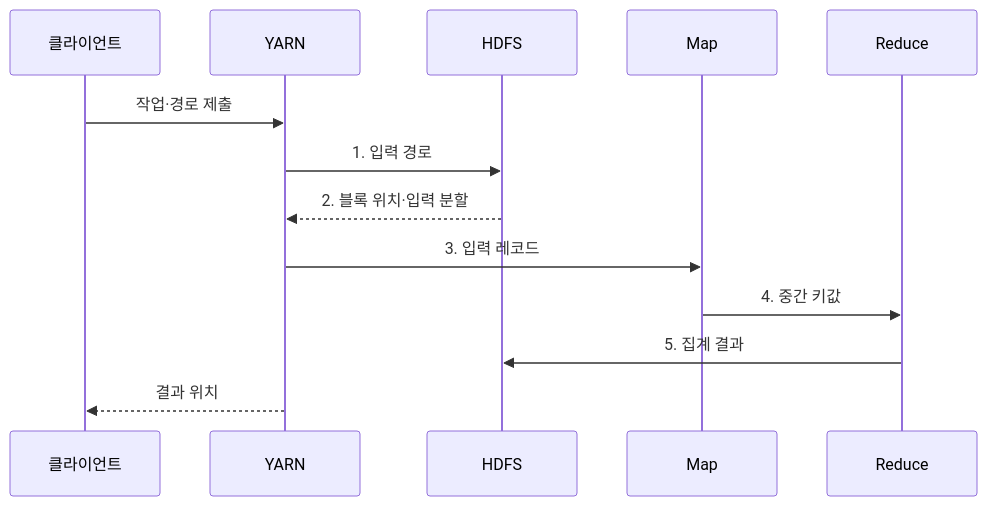
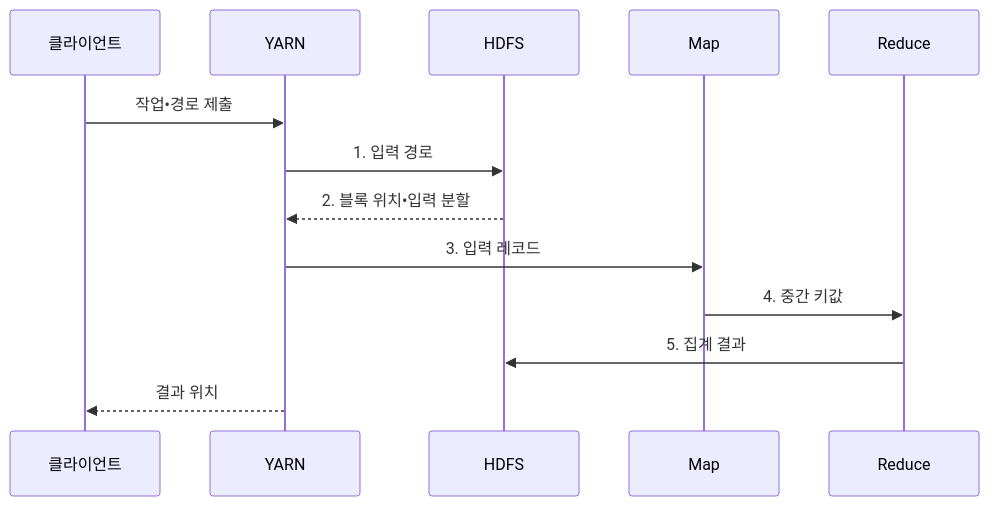
Before and after one commit to agnusdei1207/knowledge-base: the second of 2 diagrams in src/content/docs/notes/03-software/116_hadoop_mapreduce.md, drawn with Mermaid. The commit also changed other lines of this file and 953 other files, not shown here.

````diff
--- a/src/content/docs/notes/03-software/116_hadoop_mapreduce.md
+++ b/src/content/docs/notes/03-software/116_hadoop_mapreduce.md
@@ -110,15 +110,15 @@
 ```mermaid
 sequenceDiagram
     participant C as 클라이언트
     participant Y as YARN
     participant H as HDFS
     participant M as Map
     participant R as Reduce
-    C->>Y: 작업·경로 제출
+    C->>Y: 작업•경로 제출
     Y->>H: 1. 입력 경로
-    H-->>Y: 2. 블록 위치·입력 분할
+    H-->>Y: 2. 블록 위치•입력 분할
     Y->>M: 3. 입력 레코드
     M->>R: 4. 중간 키값
     R->>H: 5. 집계 결과
     Y-->>C: 결과 위치
 ```
````
